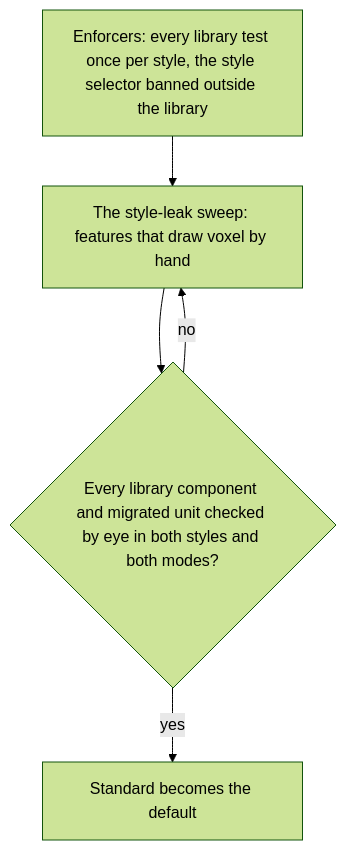
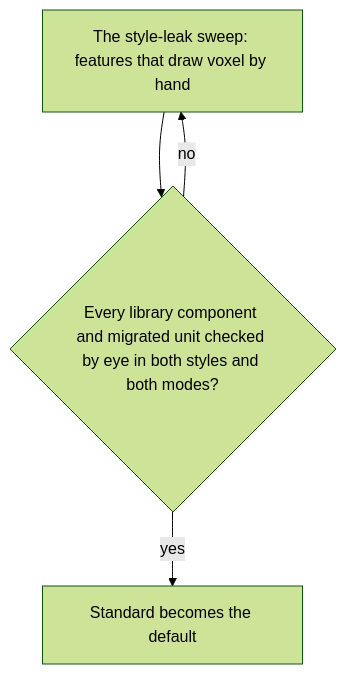
One commit to Esposter/Esposter changed the diagram in apps/web/content/docs/proposals/refactors/ui-library/design-styles.md. Above: the diagram before and after it, drawn with Mermaid (forest theme). The commit also changed other lines of this file and 36 other files, not shown here.

First line of the commit message:
test(ui): every library test runs once per style, and features cannot key on one

````diff
--- a/apps/web/content/docs/proposals/refactors/ui-library/design-styles.md
+++ b/apps/web/content/docs/proposals/refactors/ui-library/design-styles.md
@@ -42,8 +36,7 @@
 ```mermaid
 flowchart TD
-  N[Enforcers: every library test once per style, the style selector banned outside the library]
-  N --> L[The style-leak sweep: features that draw voxel by hand]
+  L[The style-leak sweep: features that draw voxel by hand]
   L --> D{Every library component and migrated unit checked by eye in both styles and both modes?}
   D -->|no| L
   D -->|yes| E[Standard becomes the default]
 ```
````
